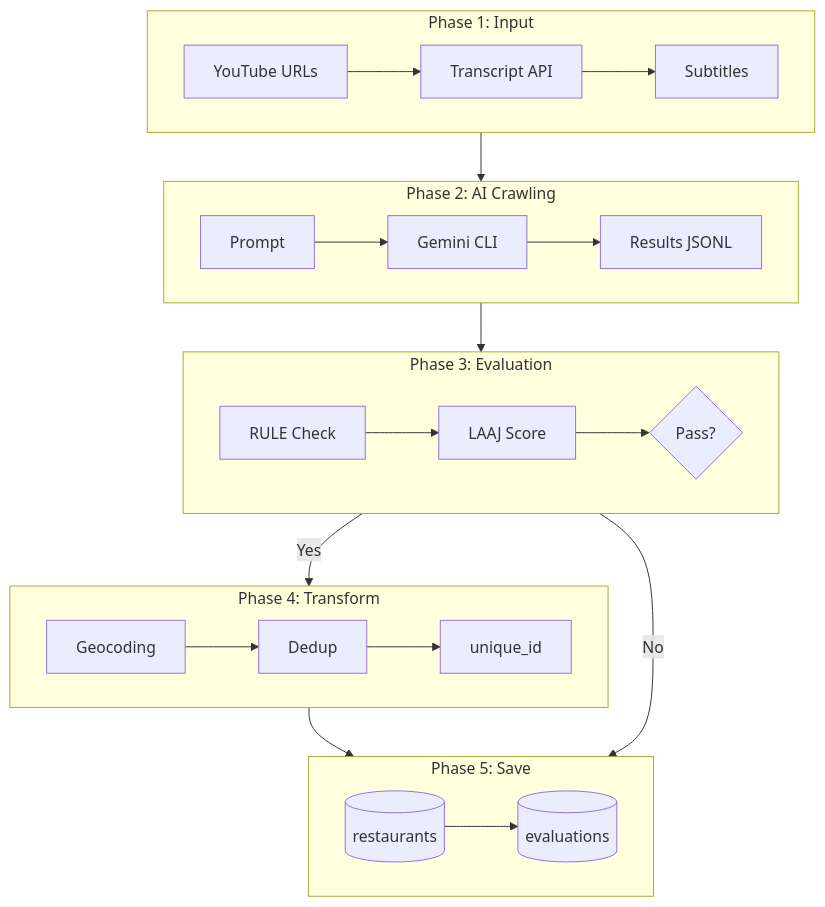
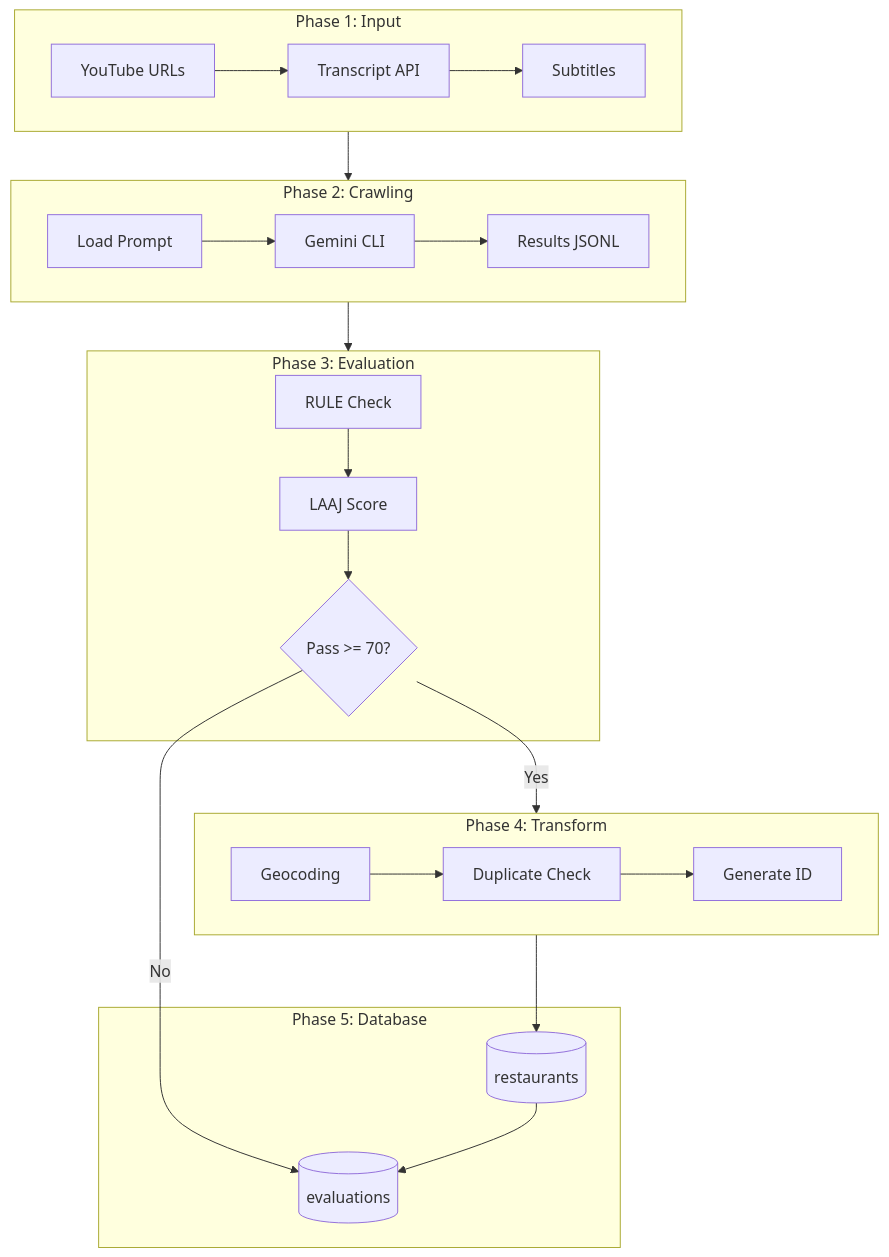
One commit to twoimo/tzudong changed the diagram in .davia/assets/mermaids/data-pipeline-flow.mmd. Above: the diagram before and after it, drawn with Mermaid. The commit also changed 5 other files, not shown here.

First line of the commit message:
Refactor data pipeline and system architecture diagrams for clarity and consistency

```diff
--- a/.davia/assets/mermaids/data-pipeline-flow.mmd
+++ b/.davia/assets/mermaids/data-pipeline-flow.mmd
@@ -1,32 +1,28 @@
 %%{init: {'theme': 'default'}}%%
 
 flowchart TB
-    subgraph INPUT["Phase 1: Input"]
-        direction LR
+    subgraph P1["Phase 1: Input"]
         I1[YouTube URLs] --> I2[Transcript API] --> I3[Subtitles]
     end
 
-    subgraph CRAWL["Phase 2: AI Crawling"]
-        direction LR
-        C1[Prompt] --> C2[Gemini CLI] --> C3[Results JSONL]
+    subgraph P2["Phase 2: Crawling"]
+        C1[Load Prompt] --> C2[Gemini CLI] --> C3[Results JSONL]
     end
 
-    subgraph EVAL["Phase 3: Evaluation"]
-        direction LR
-        E1[RULE Check] --> E2[LAAJ Score] --> E3{Pass?}
+    subgraph P3["Phase 3: Evaluation"]
+        E1[RULE Check] --> E2[LAAJ Score] --> E3{Pass >= 70?}
     end
 
-    subgraph TRANS["Phase 4: Transform"]
-        direction LR
-        T1[Geocoding] --> T2[Dedup] --> T3[unique_id]
+    subgraph P4["Phase 4: Transform"]
+        T1[Geocoding] --> T2[Duplicate Check] --> T3[Generate ID]
     end
 
-    subgraph SAVE["Phase 5: Save"]
-        direction LR
-        S1[(evaluations)] 
-        S2[(restaurants)]
+    subgraph P5["Phase 5: Database"]
+        D1[(restaurants)]
+        D2[(evaluations)]
     end
 
-    INPUT --> CRAWL --> EVAL
-    E3 -->|Yes| TRANS --> S2 --> S1
-    E3 -->|No| S1
+    P1 --> P2 --> P3
+    E3 -->|Yes| P4 --> D1
+    E3 -->|No| D2
+    D1 --> D2
```
